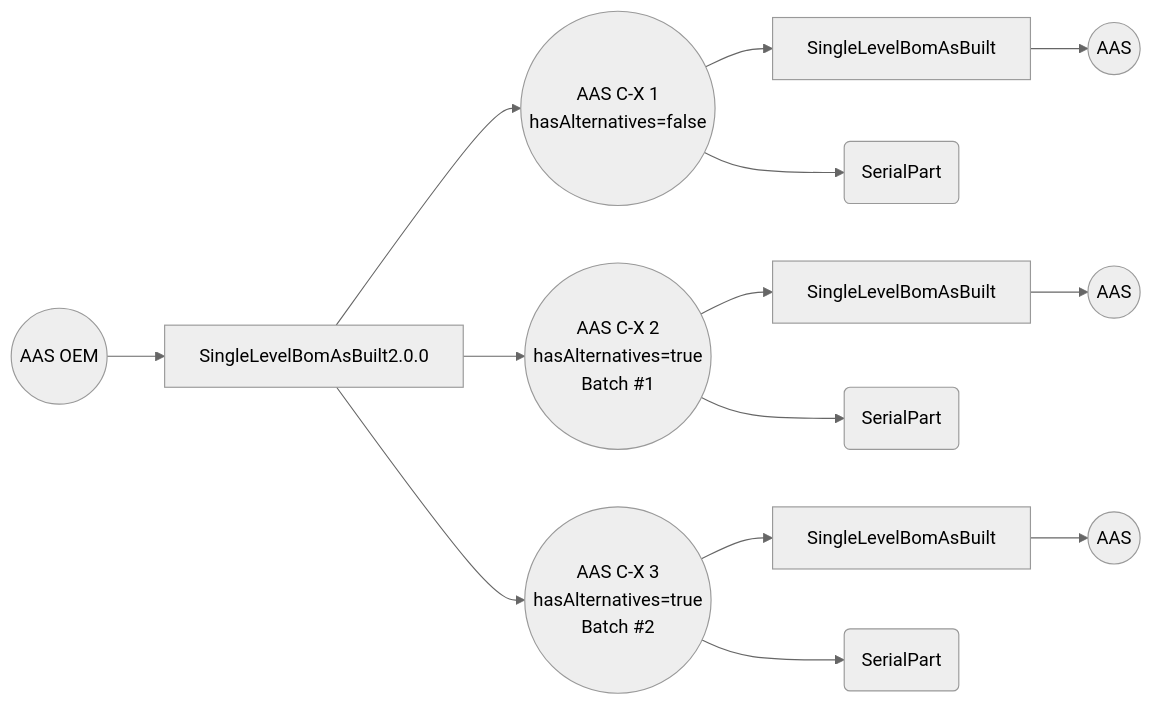
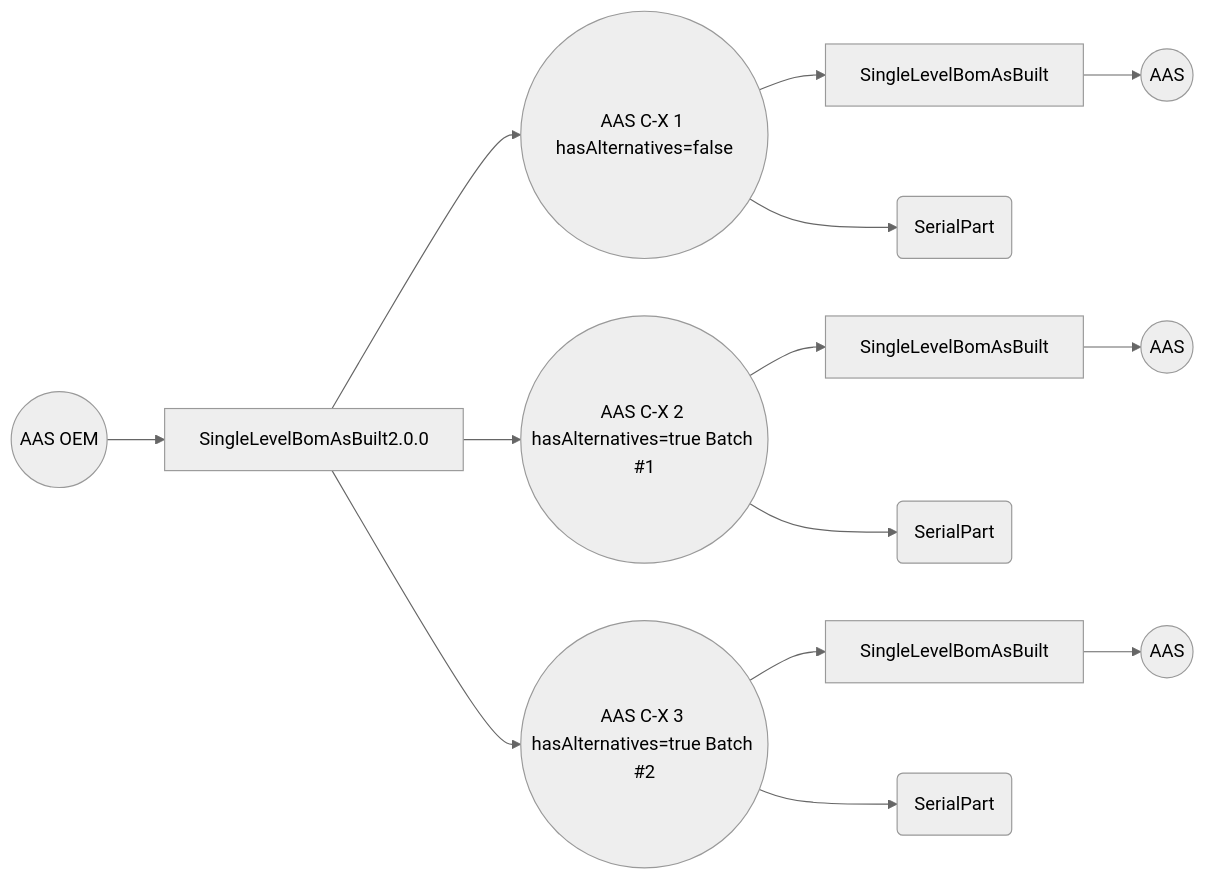
Before and after one commit to catenax-ng/tx-item-relationship-service: the third of 3 diagrams in docs/concept/#212-Update-of-aspect-model-SingleLevelBomAsBuilt-2_0_0/#212-Update-SingleLevelBomAsBuilt-2-0-0.md, drawn with Mermaid (neutral theme). The commit also changed other lines of this file, not shown here.

`````diff
--- a/docs/concept/#212-Update-of-aspect-model-SingleLevelBomAsBuilt-2_0_0/#212-Update-SingleLevelBomAsBuilt-2-0-0.md
+++ b/docs/concept/#212-Update-of-aspect-model-SingleLevelBomAsBuilt-2_0_0/#212-Update-SingleLevelBomAsBuilt-2-0-0.md
@@ -177,28 +171,23 @@
 ````mermaid
 flowchart LR
-    s1((AAS C-X 1
-        hasAlternatives=false))
-    s2((AAS C-X 2
-        hasAlternatives=true
-        Batch #1))
-    s3((AAS C-X 3
-        hasAlternatives=true
-        Batch #2))
+    s1((AAS C-X 1 hasAlternatives=false))
+    s2((AAS C-X 2 hasAlternatives=true Batch #1))
+    s3((AAS C-X 3 hasAlternatives=true Batch #2))
     SingleLevelBomAsBuilt[SingleLevelBomAsBuilt2.0.0]
 
    aas((AAS OEM)) -->
    SingleLevelBomAsBuilt --> s1
    SingleLevelBomAsBuilt --> s2
    SingleLevelBomAsBuilt --> s3
    s1 --> SingleLevelBomAsBuilt3[SingleLevelBomAsBuilt]
    s2 --> SingleLevelBomAsBuilt4[SingleLevelBomAsBuilt]
    s3 --> SingleLevelBomAsBuilt5[SingleLevelBomAsBuilt]
    
    s1 --> SerialPart3(SerialPart)
    s2 --> SerialPart4(SerialPart)
    s3 --> SerialPart5(SerialPart)
    
    SingleLevelBomAsBuilt3 --> AAS5((AAS))
    SingleLevelBomAsBuilt4 --> AAS6((AAS))
    SingleLevelBomAsBuilt5 --> AAS7((AAS))
 ````
`````
